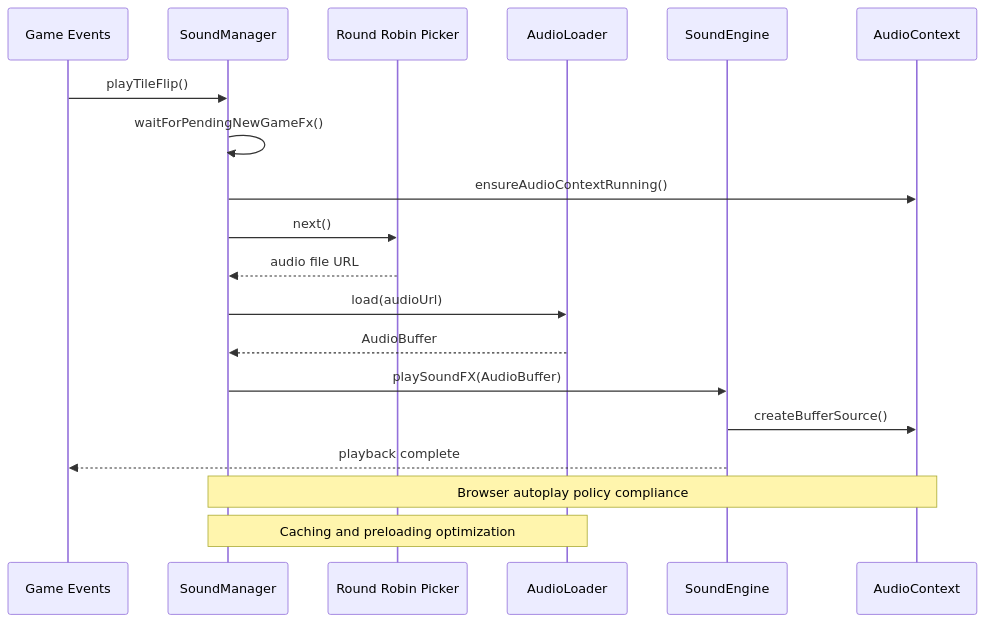
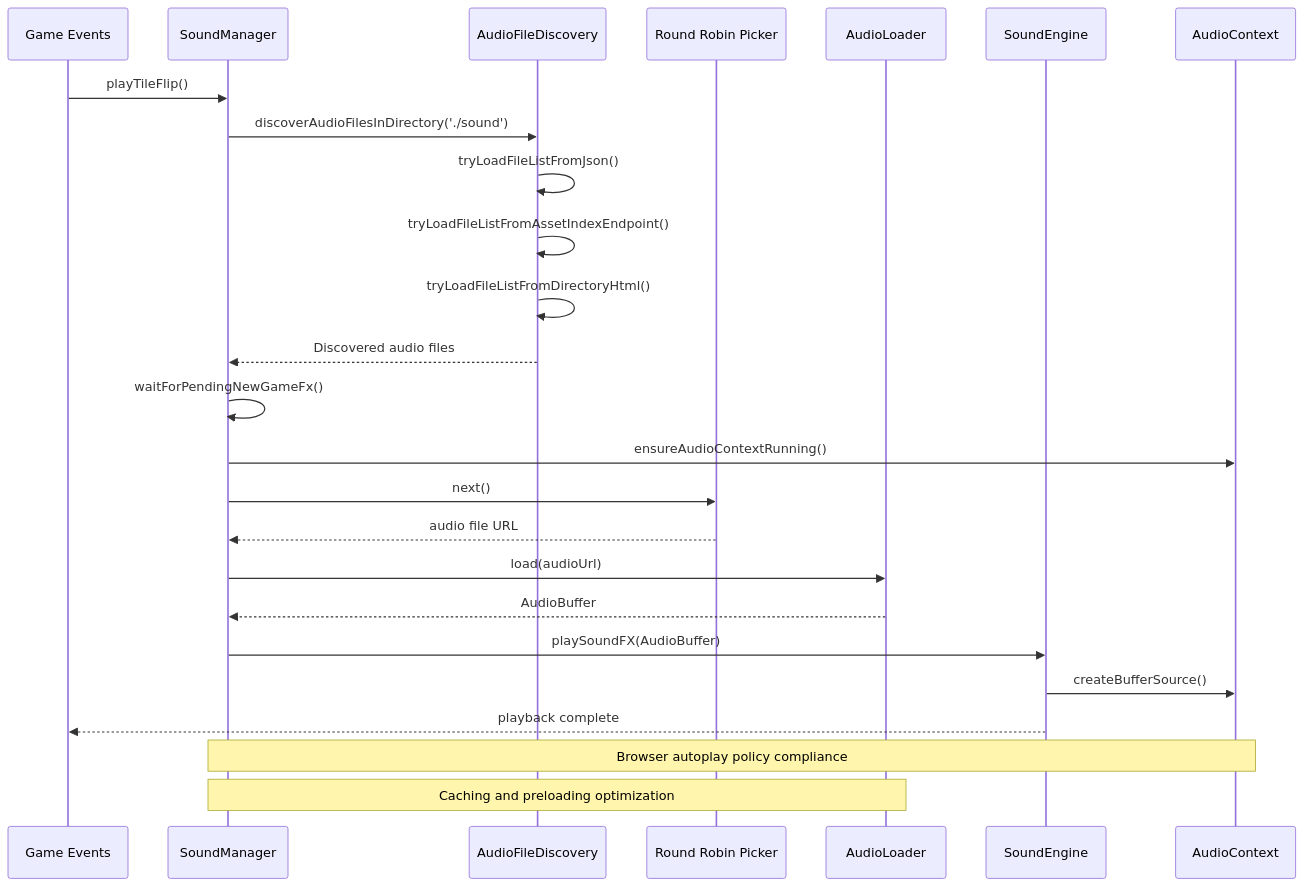
One commit to satyrlord/mb changed the second of 9 diagrams in .qoder/repowiki/en/content/Architecture Overview/Audio System Architecture/Sound Manager Component.md. Above: the diagram before and after it, drawn with Mermaid. The commit also changed other lines of this file and 11 other files, not shown here.

First line of the commit message:
docs(audio-file-discovery): add detailed module documentation

````diff
--- a/.qoder/repowiki/en/content/Architecture Overview/Audio System Architecture/Sound Manager Component.md
+++ b/.qoder/repowiki/en/content/Architecture Overview/Audio System Architecture/Sound Manager Component.md
@@ -97,21 +116,27 @@
 ```mermaid
 sequenceDiagram
 participant Game as Game Events
 participant SM as SoundManager
+participant AFD as AudioFileDiscovery
 participant RR as Round Robin Picker
 participant AL as AudioLoader
 participant SE as SoundEngine
 participant AC as AudioContext
 Game->>SM : playTileFlip()
+SM->>AFD : discoverAudioFilesInDirectory('./sound')
+AFD->>AFD : tryLoadFileListFromJson()
+AFD->>AFD : tryLoadFileListFromAssetIndexEndpoint()
+AFD->>AFD : tryLoadFileListFromDirectoryHtml()
+AFD-->>SM : Discovered audio files
 SM->>SM : waitForPendingNewGameFx()
 SM->>AC : ensureAudioContextRunning()
 SM->>RR : next()
 RR-->>SM : audio file URL
 SM->>AL : load(audioUrl)
 AL-->>SM : AudioBuffer
 SM->>SE : playSoundFX(AudioBuffer)
 SE->>AC : createBufferSource()
 SE-->>Game : playback complete
 Note over SM,AC : Browser autoplay policy compliance
 Note over SM,AL : Caching and preloading optimization
 ```
````
